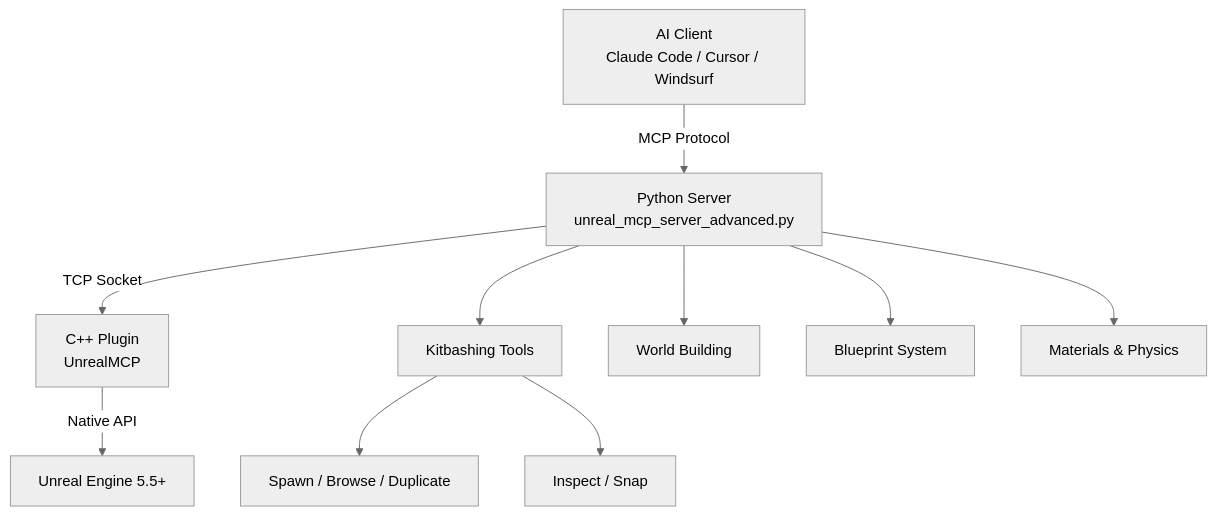
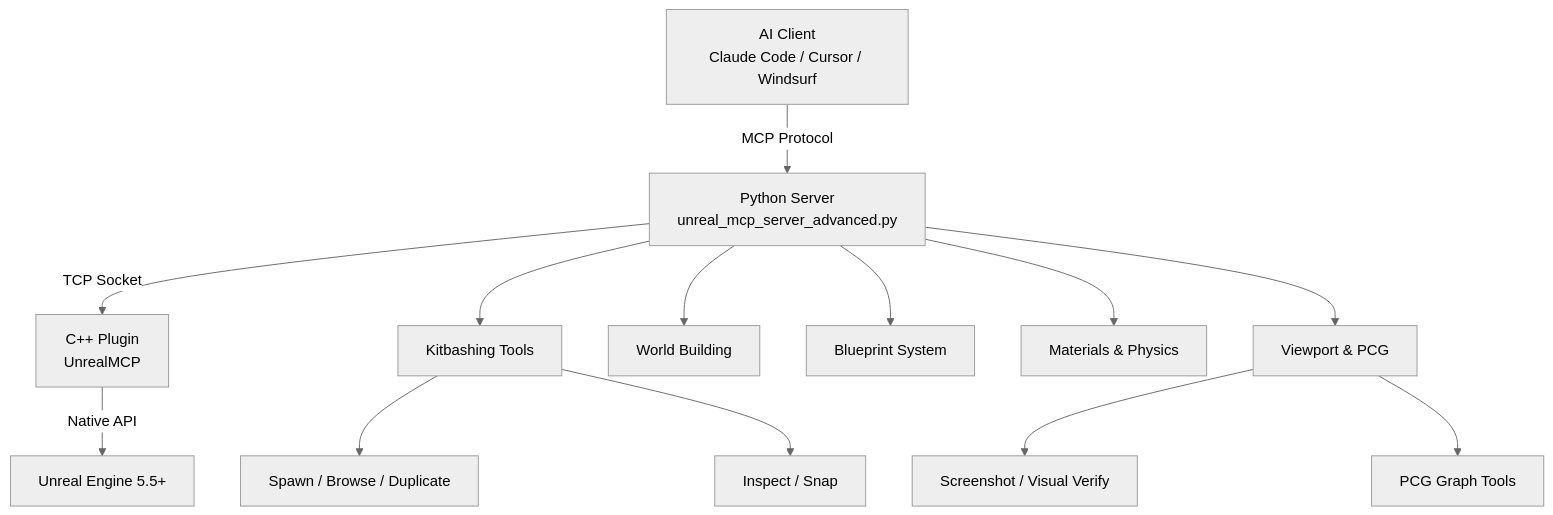
The diagram in README.md (LonglifeIO/rekit-mcp), drawn with Mermaid (neutral theme) before and after one commit. The commit also changed other lines of this file and 27 other files, not shown here.

First line of the commit message:
Add viewport screenshot, PCG graph tools, and FlushRenderingCommands fix

````diff
--- a/README.md
+++ b/README.md
@@ -134,14 +154,17 @@
 ```mermaid
 graph TB
     A[AI Client<br/>Claude Code / Cursor / Windsurf] -->|MCP Protocol| B[Python Server<br/>unreal_mcp_server_advanced.py]
     B -->|TCP Socket| C[C++ Plugin<br/>UnrealMCP]
     C -->|Native API| D[Unreal Engine 5.5+]
 
     B --> E[Kitbashing Tools]
     E --> E1[Spawn / Browse / Duplicate]
     E --> E2[Inspect / Snap]
 
     B --> F[World Building]
     B --> G[Blueprint System]
     B --> H[Materials & Physics]
+    B --> I[Viewport & PCG]
+    I --> I1[Screenshot / Visual Verify]
+    I --> I2[PCG Graph Tools]
 ```
````
